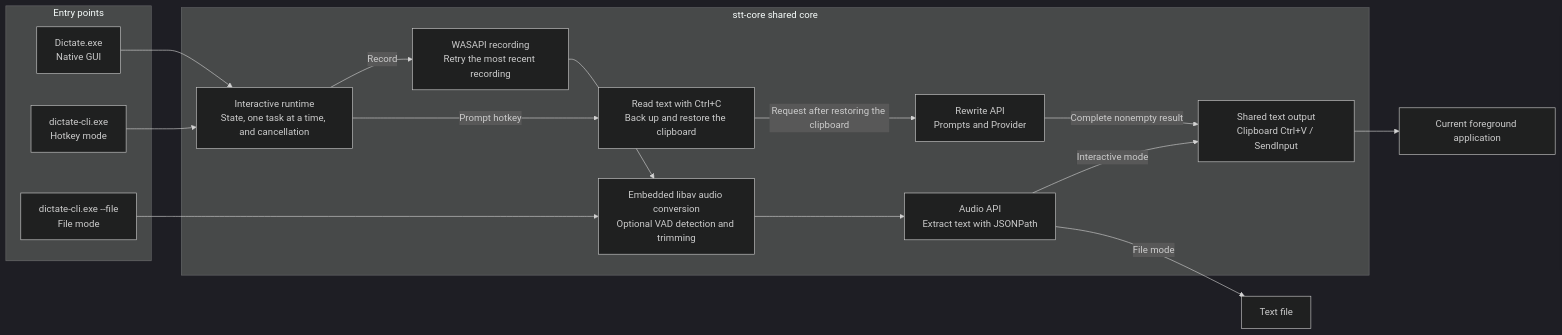
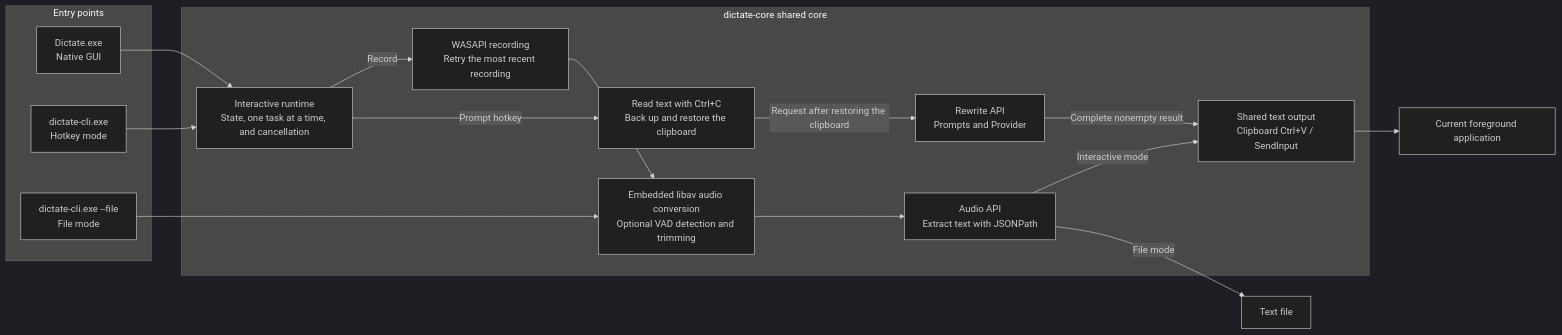
The first of 3 diagrams in README.md (Joey-Kot/Dictate-for-Windows), drawn with Mermaid (dark theme) before and after one commit. The commit also changed other lines of this file and 97 other files, not shown here.

````diff
--- a/README.md
+++ b/README.md
@@ -43,31 +43,31 @@
 ```mermaid
 flowchart LR
     subgraph Entry["Entry points"]
         GUI["Dictate.exe<br/>Native GUI"]
         CLI["dictate-cli.exe<br/>Hotkey mode"]
         FileMode["dictate-cli.exe --file<br/>File mode"]
     end
 
-    subgraph Core["stt-core shared core"]
+    subgraph Core["dictate-core shared core"]
         Runtime["Interactive runtime<br/>State, one task at a time, and cancellation"]
         Recorder["WASAPI recording<br/>Retry the most recent recording"]
         Selection["Read text with Ctrl+C<br/>Back up and restore the clipboard"]
         Prepare["Embedded libav audio conversion<br/>Optional VAD detection and trimming"]
         ASR["Audio API<br/>Extract text with JSONPath"]
         Rewrite["Rewrite API<br/>Prompts and Provider"]
         Output["Shared text output<br/>Clipboard Ctrl+V / SendInput"]
     end
 
     GUI --> Runtime
     CLI --> Runtime
     Runtime -->|Record| Recorder
     Recorder --> Prepare
     FileMode --> Prepare
     Prepare --> ASR
     Runtime -->|Prompt hotkey| Selection
     Selection -->|Request after restoring the clipboard| Rewrite
     ASR -->|Interactive mode| Output
     Rewrite -->|Complete nonempty result| Output
     Output --> App["Current foreground application"]
     ASR -->|File mode| TextFile["Text file"]
 ```
````
